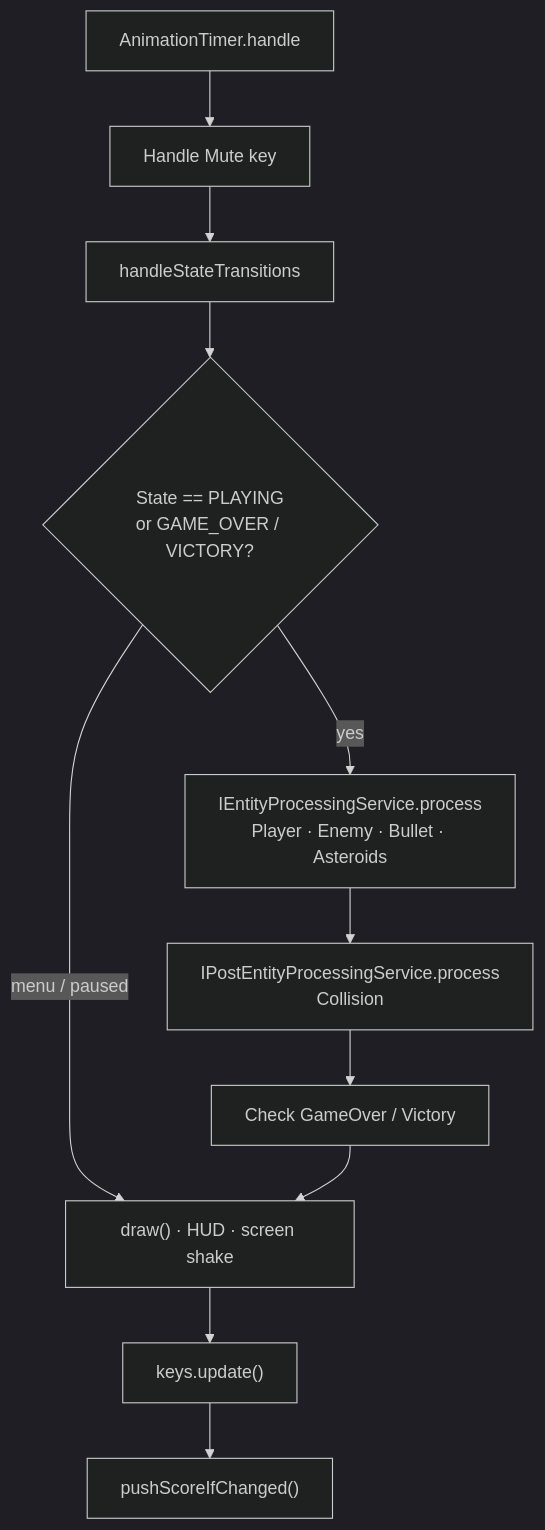
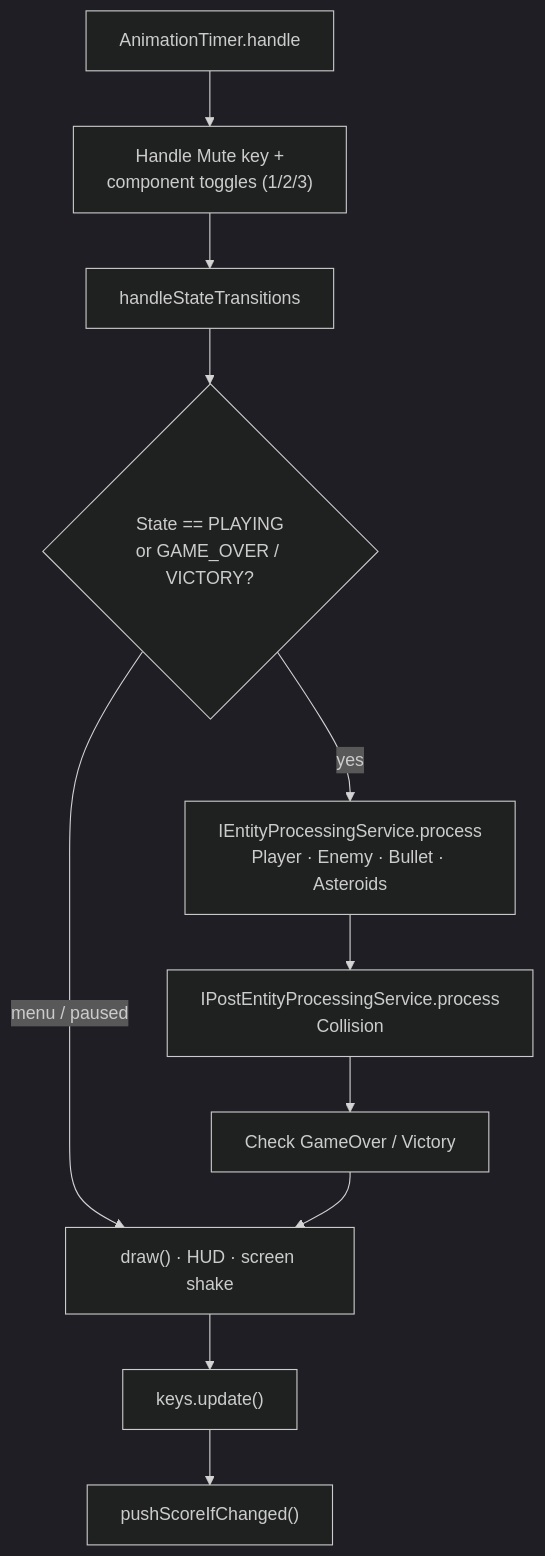
Before and after one commit to Fard121/asteroid_game: the fifth of 11 diagrams in README.md, drawn with Mermaid (dark theme). The commit also changed other lines of this file and 7 other files, not shown here.

````diff
--- a/README.md
+++ b/README.md
@@ -240,13 +242,13 @@
 ```mermaid
 flowchart TD
-    Frame["AnimationTimer.handle"] --> Mute["Handle Mute key"]
+    Frame["AnimationTimer.handle"] --> Mute["Handle Mute key +<br/>component toggles (1/2/3)"]
     Mute --> State["handleStateTransitions"]
     State --> Update{"State == PLAYING<br/>or GAME_OVER / VICTORY?"}
     Update -->|yes| Proc["IEntityProcessingService.process<br/>Player · Enemy · Bullet · Asteroids"]
     Proc --> Post["IPostEntityProcessingService.process<br/>Collision"]
     Post --> WinLose["Check GameOver / Victory"]
     Update -->|menu / paused| Draw
     WinLose --> Draw["draw() · HUD · screen shake"]
     Draw --> Keys["keys.update()"]
     Keys --> Sync["pushScoreIfChanged()"]
 ```
````
